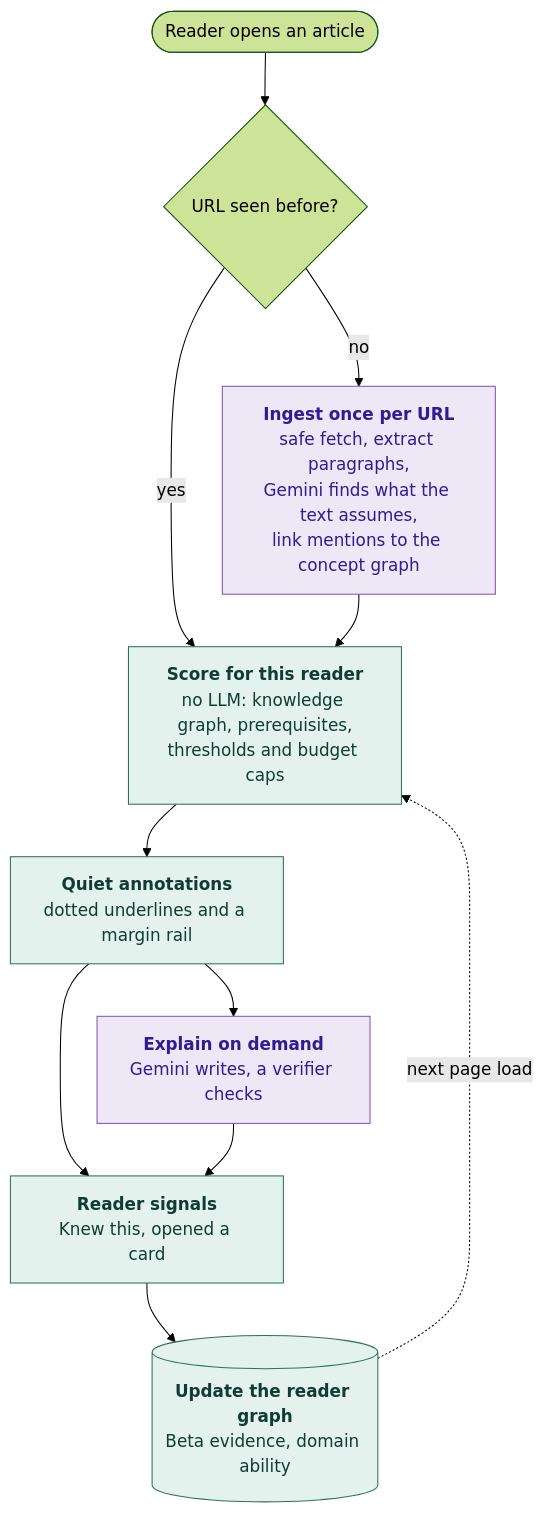
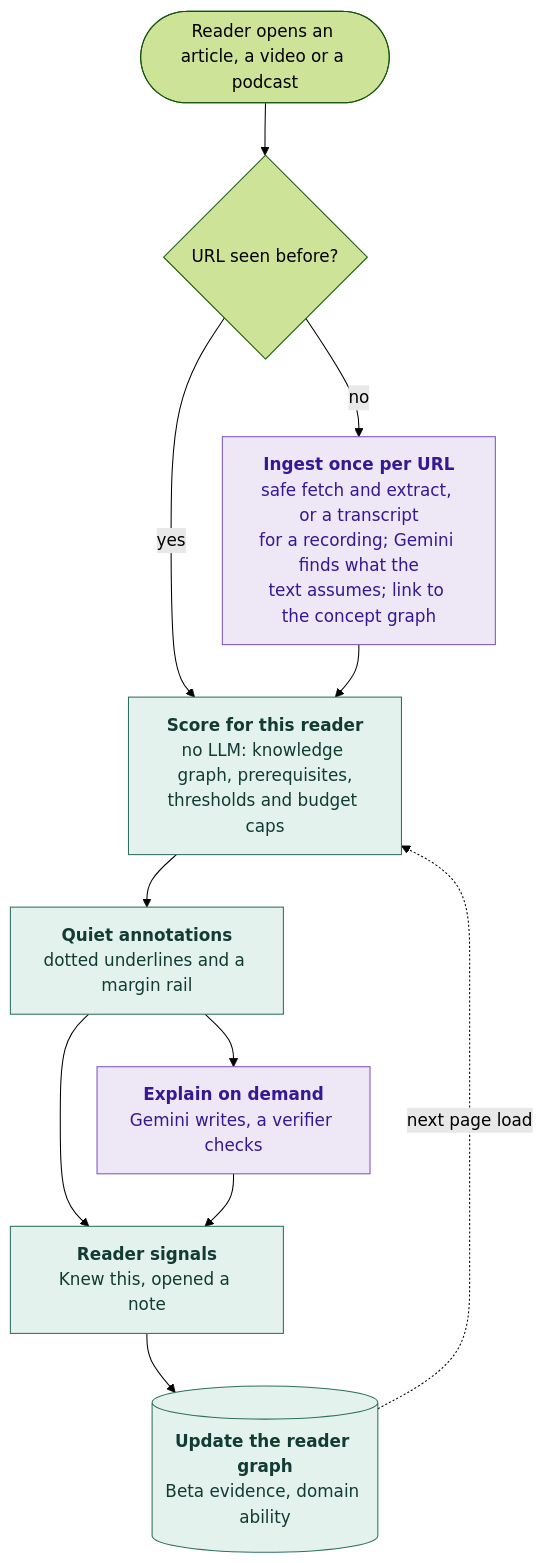
One commit to SOURABHMISHRA5221/readlayer changed the first of 2 diagrams in README.md. Above: the diagram before and after it, drawn with Mermaid (forest theme). The commit also changed other lines of this file and 4 other files, not shown here.

````diff
--- a/README.md
+++ b/README.md
@@ -72,18 +96,18 @@
 ```mermaid
 flowchart TB
-    open(["Reader opens an article"]) --> known{"URL seen before?"}
-    known -- "no" --> ingest["<b>Ingest once per URL</b><br/>safe fetch, extract paragraphs,<br/>Gemini finds what the text assumes,<br/>link mentions to the concept graph"]
+    open(["Reader opens an article, a video or a podcast"]) --> known{"URL seen before?"}
+    known -- "no" --> ingest["<b>Ingest once per URL</b><br/>safe fetch and extract, or a transcript<br/>for a recording; Gemini finds what the<br/>text assumes; link to the concept graph"]
     known -- "yes" --> score
     ingest --> score["<b>Score for this reader</b><br/>no LLM: knowledge graph, prerequisites,<br/>thresholds and budget caps"]
     score --> notes["<b>Quiet annotations</b><br/>dotted underlines and a margin rail"]
     notes --> explain["<b>Explain on demand</b><br/>Gemini writes, a verifier checks"]
-    notes --> signals["<b>Reader signals</b><br/>Knew this, opened a card"]
+    notes --> signals["<b>Reader signals</b><br/>Knew this, opened a note"]
     explain --> signals
     signals --> rgraph[("<b>Update the reader graph</b><br/>Beta evidence, domain ability")]
     rgraph -. "next page load" .-> score
 
     classDef llm fill:#ede7f6,stroke:#7e57c2,color:#311b92
     classDef nollm fill:#e3f2ed,stroke:#2f6f61,color:#123c33
     class ingest,explain llm
     class score,notes,signals,rgraph nollm
 ```
````
